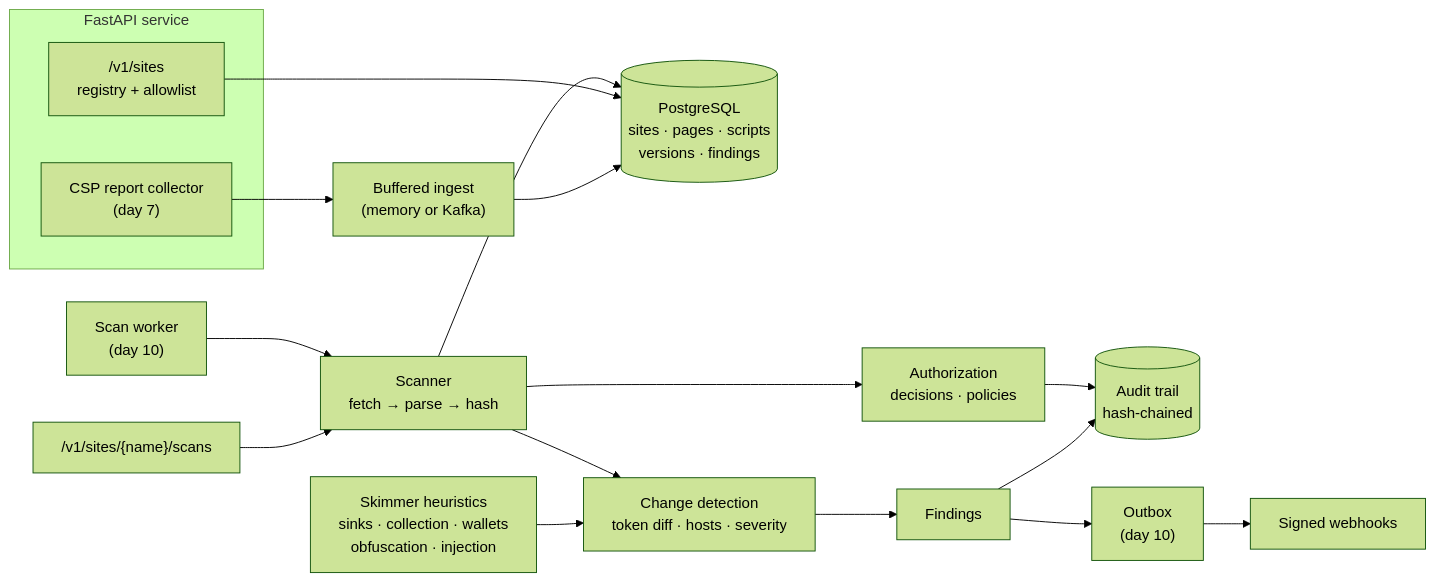
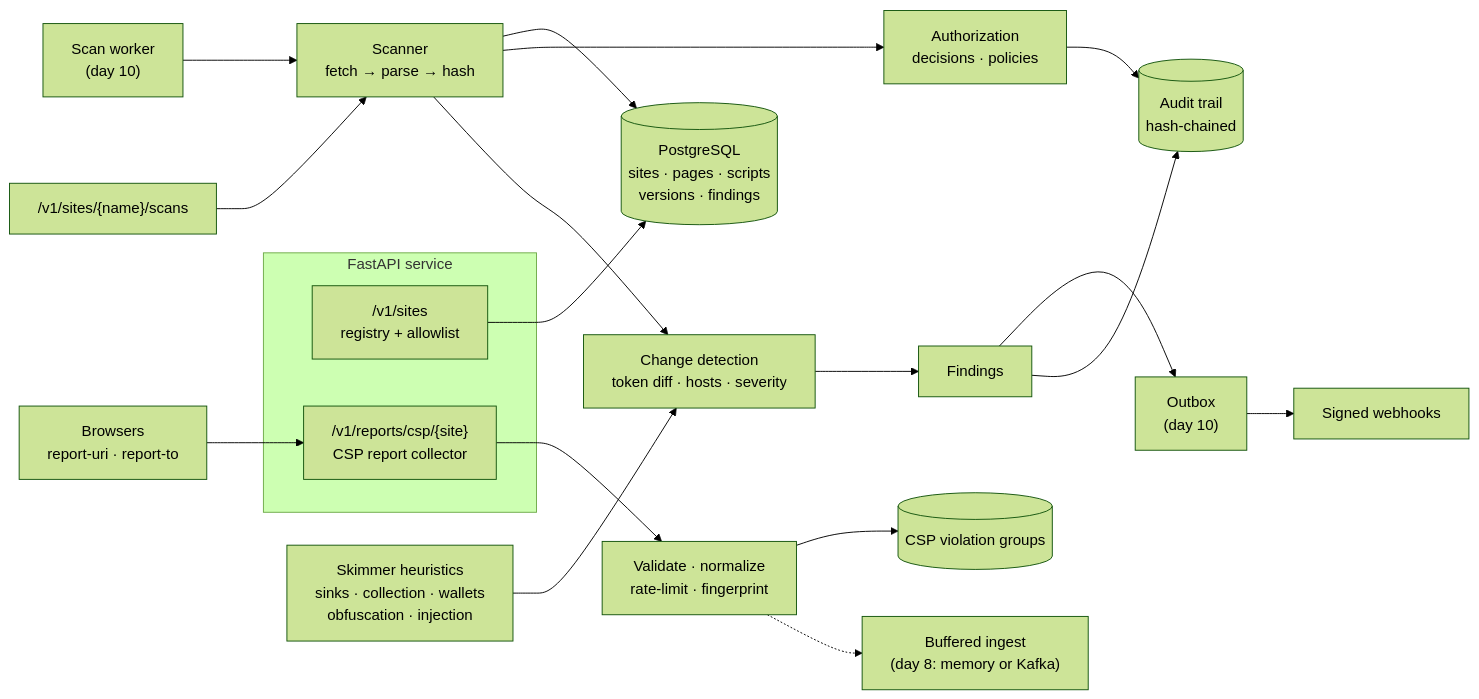
Before and after one commit to xeeshan16/script-sentinel: the first of 2 diagrams in README.md, drawn with Mermaid (forest theme). The commit also changed other lines of this file and 3 other files, not shown here.

First line of the commit message:
Check the CSP collector in CI; day 7 docs

````diff
--- a/README.md
+++ b/README.md
@@ -66,18 +69,20 @@
 ```mermaid
 flowchart LR
     subgraph API["FastAPI service"]
         sites["/v1/sites<br/>registry + allowlist"]
-        csp["CSP report collector<br/>(day 7)"]
+        csp["/v1/reports/csp/{site}<br/>CSP report collector"]
     end
     worker["Scan worker<br/>(day 10)"] --> scanner["Scanner<br/>fetch → parse → hash"]
     scans["/v1/sites/{name}/scans"] --> scanner
     scanner --> store[("PostgreSQL<br/>sites · pages · scripts<br/>versions · findings")]
     scanner --> policy["Authorization<br/>decisions · policies"]
     policy --> trail[("Audit trail<br/>hash-chained")]
     scanner --> diff["Change detection<br/>token diff · hosts · severity"]
     diff --> findings["Findings"] --> outbox["Outbox<br/>(day 10)"] --> hooks["Signed webhooks"]
     findings --> trail
     heur["Skimmer heuristics<br/>sinks · collection · wallets<br/>obfuscation · injection"] --> diff
     sites --> store
-    csp --> ingest["Buffered ingest<br/>(memory or Kafka)"] --> store
+    browsers["Browsers<br/>report-uri · report-to"] --> csp
+    csp --> normalize["Validate · normalize<br/>rate-limit · fingerprint"] --> groups[("CSP violation groups")]
+    normalize -.-> ingest["Buffered ingest<br/>(day 8: memory or Kafka)"]
 ```
````
